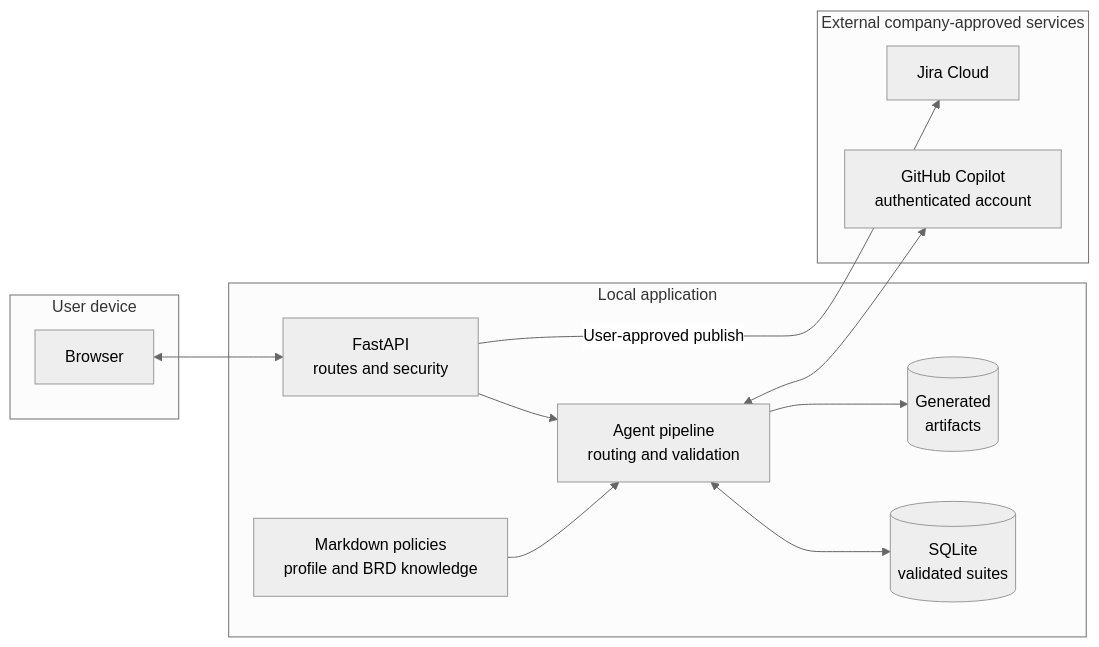
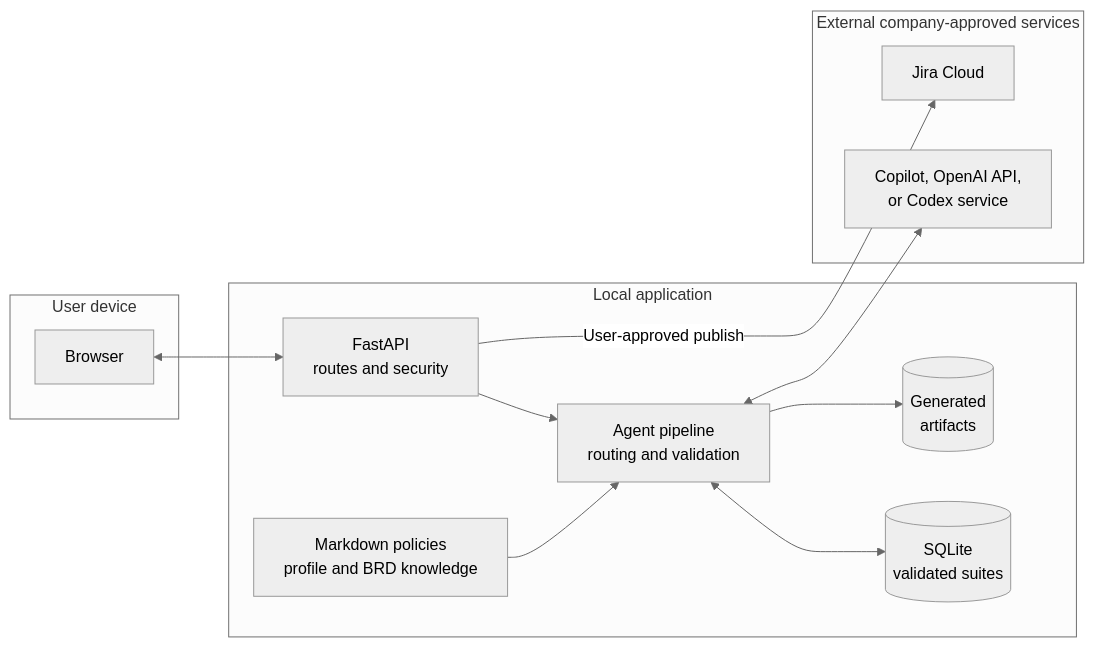
Before and after one commit to sasidhar265/TestPilotAI: the third of 4 diagrams in README.md, drawn with Mermaid (neutral theme). The commit also changed other lines of this file and 4 other files, not shown here.

````diff
--- a/README.md
+++ b/README.md
@@ -251,27 +263,27 @@
 ```mermaid
 flowchart LR
     subgraph USER[User device]
         UI[Browser]
     end
 
     subgraph LOCAL[Local application]
         API[FastAPI<br/>routes and security]
         PIPE[Agent pipeline<br/>routing and validation]
         POLICY[Markdown policies<br/>profile and BRD knowledge]
         DB[(SQLite<br/>validated suites)]
         FILES[(Generated<br/>artifacts)]
     end
 
     subgraph COMPANY[External company-approved services]
-        COPILOT[GitHub Copilot<br/>authenticated account]
+        AI[Copilot, OpenAI API,<br/>or Codex service]
         JIRA[Jira Cloud]
     end
 
     UI <--> API
     API --> PIPE
     POLICY --> PIPE
     PIPE <--> DB
     PIPE --> FILES
-    PIPE <--> COPILOT
+    PIPE <--> AI
     API -->|User-approved publish| JIRA
 ```
````
